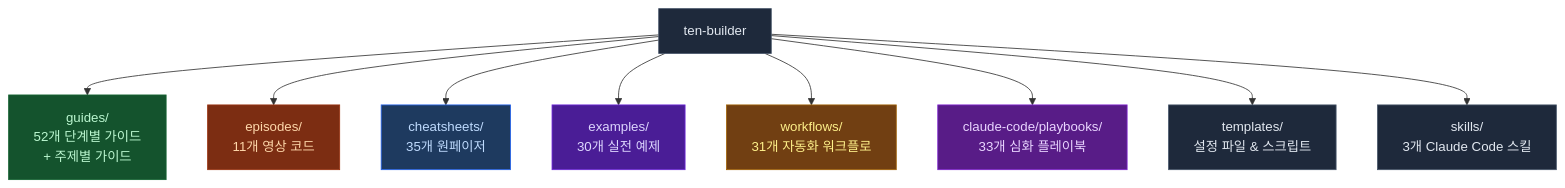
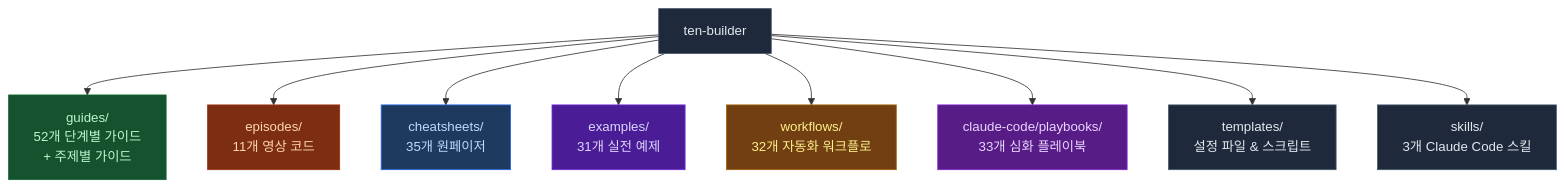
The first of 2 diagrams in README.md (hursm/ten-builder), drawn with Mermaid before and after one commit. The commit also changed other lines of this file, not shown here.

Commit message:
docs: README sync -- add workflow ai-api-contract-testing, example ai-smart-contract-auditor (#188)

````diff
--- a/README.md
+++ b/README.md
@@ -23,21 +23,21 @@
 ```mermaid
 flowchart TD
     R["ten-builder"] --> G["guides/\n52개 단계별 가이드\n+ 주제별 가이드"]
     R --> E["episodes/\n11개 영상 코드"]
     R --> C["cheatsheets/\n35개 원페이저"]
-    R --> EX["examples/\n30개 실전 예제"]
-    R --> W["workflows/\n31개 자동화 워크플로"]
+    R --> EX["examples/\n31개 실전 예제"]
+    R --> W["workflows/\n32개 자동화 워크플로"]
     R --> P["claude-code/playbooks/\n33개 심화 플레이북"]
     R --> T["templates/\n설정 파일 & 스크립트"]
     R --> S["skills/\n3개 Claude Code 스킬"]
 
     style R fill:#1e293b,stroke:#475569,color:#e2e8f0
     style G fill:#14532d,stroke:#166534,color:#bbf7d0
     style E fill:#7c2d12,stroke:#9a3412,color:#fed7aa
     style C fill:#1e3a5f,stroke:#2563eb,color:#bfdbfe
     style EX fill:#4a1d96,stroke:#6d28d9,color:#ddd6fe
     style W fill:#713f12,stroke:#a16207,color:#fef08a
     style P fill:#581c87,stroke:#7e22ce,color:#e9d5ff
     style T fill:#1e293b,stroke:#475569,color:#e2e8f0
     style S fill:#1e293b,stroke:#475569,color:#e2e8f0
 ```
````
